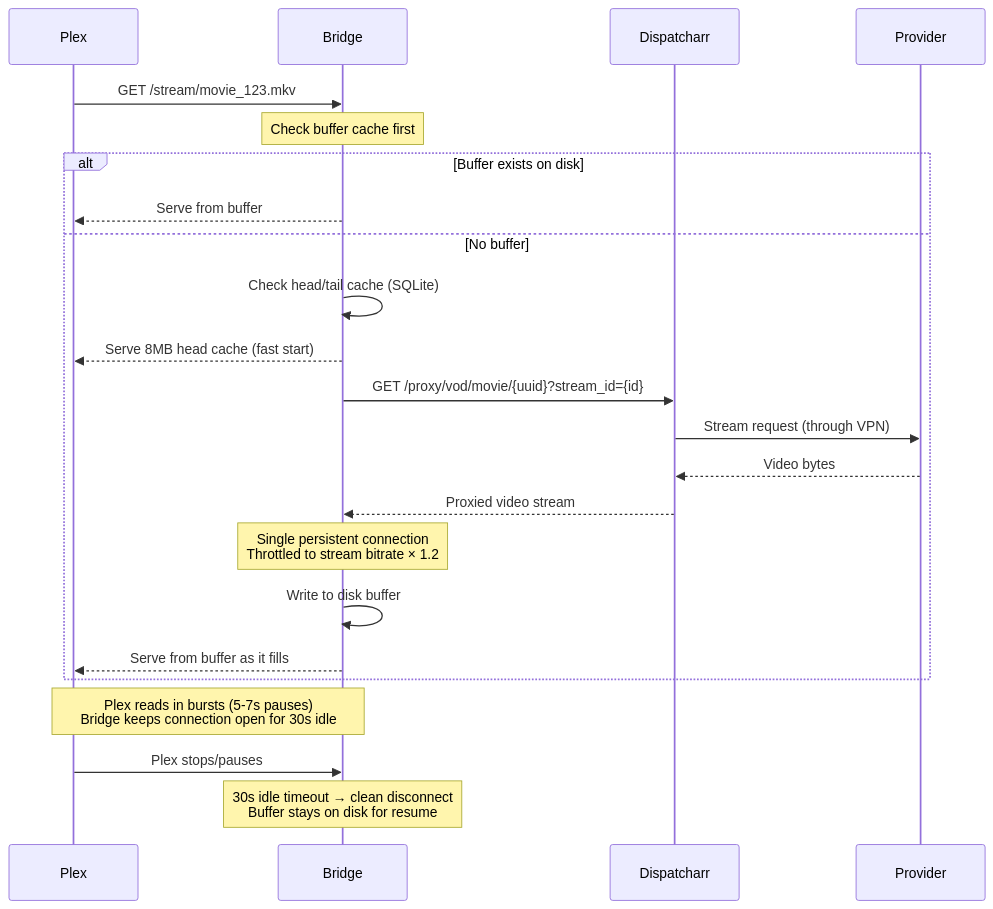
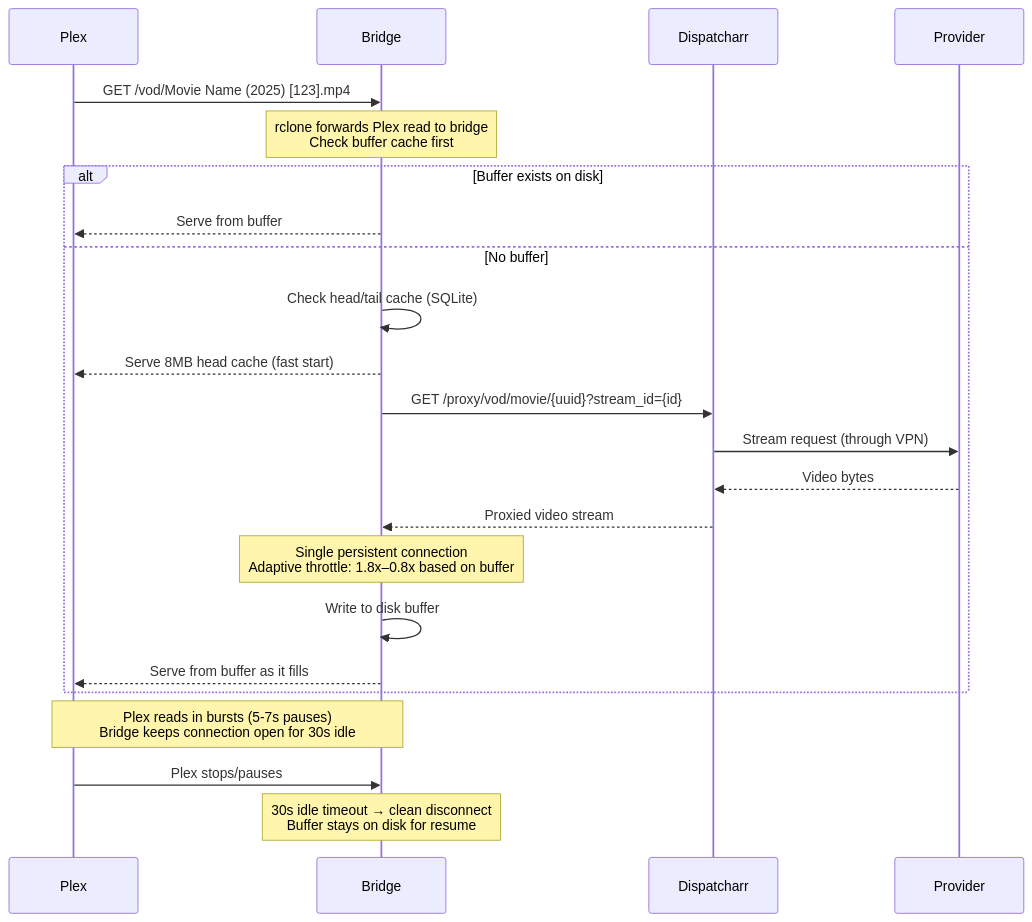
The third of 4 diagrams in README.md (knmplace/vod-plex-bridge), drawn with Mermaid before and after one commit. The commit also changed other lines of this file and 1 other file, not shown here.

First line of the commit message:
Document rclone FUSE mount setup for Plex integration

````diff
--- a/README.md
+++ b/README.md
@@ -89,26 +92,26 @@
 ```mermaid
 sequenceDiagram
     participant P as Plex
     participant B as Bridge
     participant D as Dispatcharr
     participant S as Provider
 
-    P->>B: GET /stream/movie_123.mkv
-    Note over B: Check buffer cache first
+    P->>B: GET /vod/Movie Name (2025) [123].mp4
+    Note over B: rclone forwards Plex read to bridge<br/>Check buffer cache first
     alt Buffer exists on disk
         B-->>P: Serve from buffer
     else No buffer
         B->>B: Check head/tail cache (SQLite)
         B-->>P: Serve 8MB head cache (fast start)
         B->>D: GET /proxy/vod/movie/{uuid}?stream_id={id}
         D->>S: Stream request (through VPN)
         S-->>D: Video bytes
         D-->>B: Proxied video stream
-        Note over B: Single persistent connection<br/>Throttled to stream bitrate × 1.2
+        Note over B: Single persistent connection<br/>Adaptive throttle: 1.8x–0.8x based on buffer
         B->>B: Write to disk buffer
         B-->>P: Serve from buffer as it fills
     end
     Note over P,B: Plex reads in bursts (5-7s pauses)<br/>Bridge keeps connection open for 30s idle
     P->>B: Plex stops/pauses
     Note over B: 30s idle timeout → clean disconnect<br/>Buffer stays on disk for resume
 ```
````
